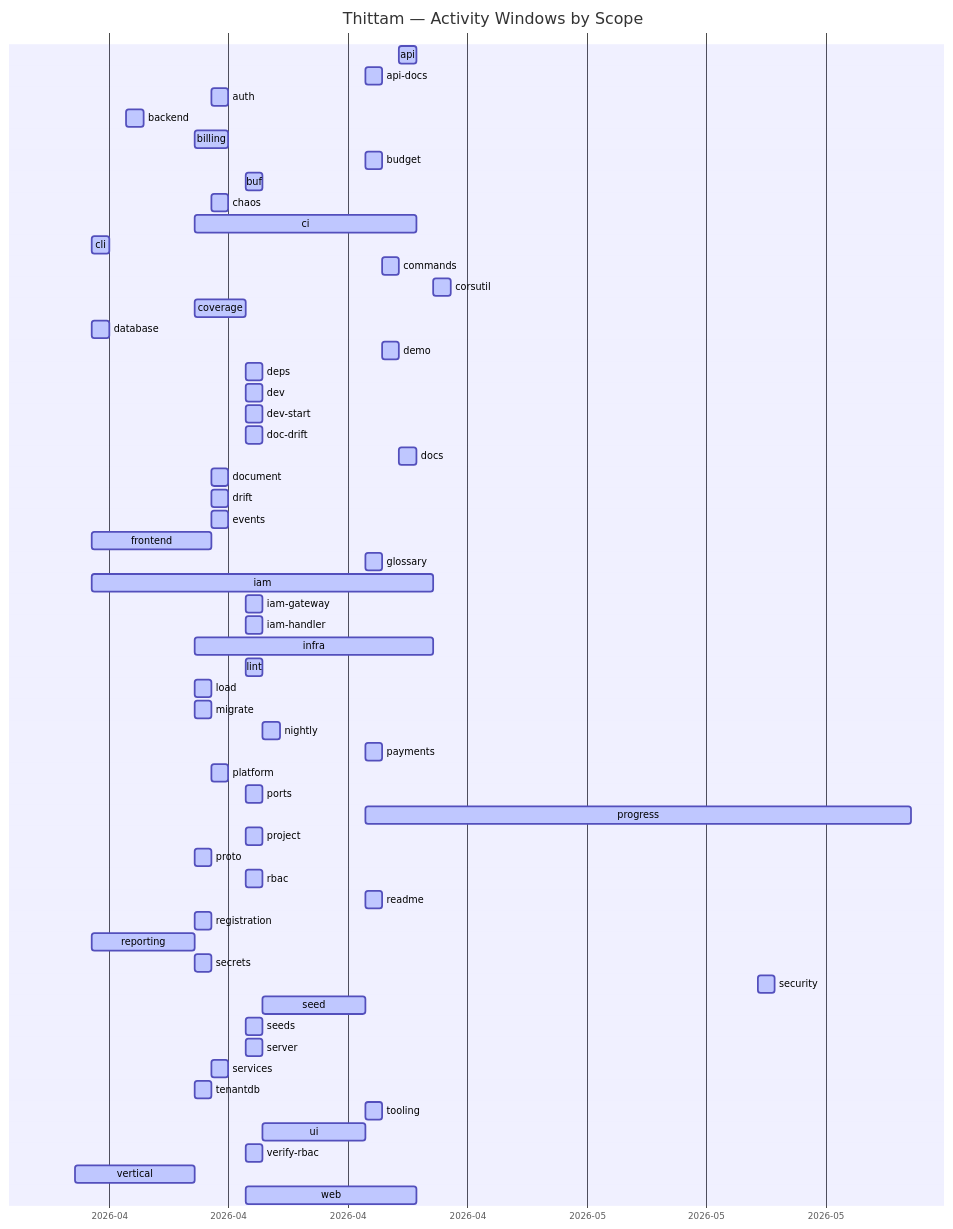
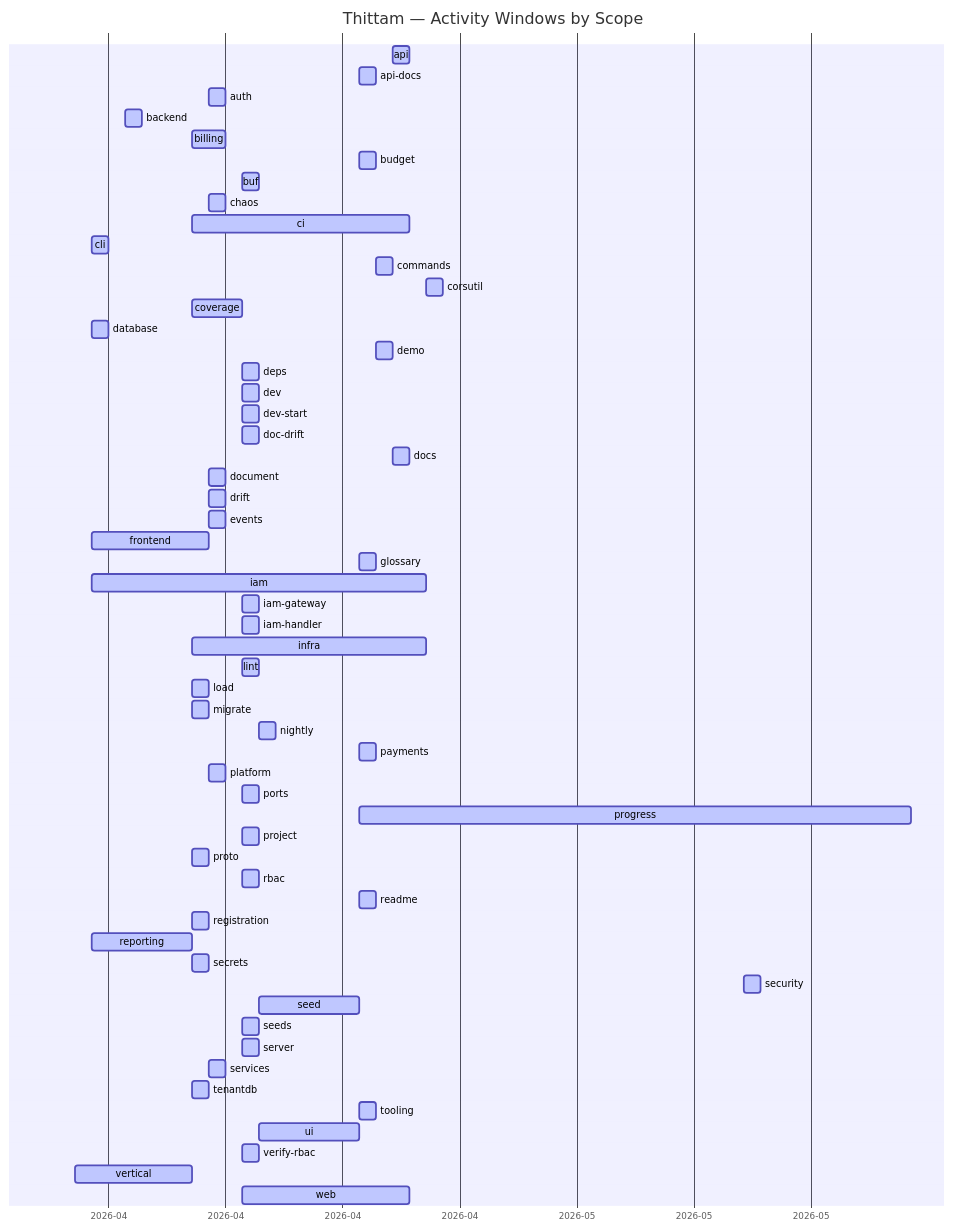
One commit to wegofwd2020-hub/thittam changed the diagram in docs/PROGRESS.md. Above: the diagram before and after it, drawn with Mermaid. The commit also changed other lines of this file and 1 other file, not shown here.

Commit message:
chore(progress): nightly update of docs/PROGRESS.md + CSVs

````diff
--- a/docs/PROGRESS.md
+++ b/docs/PROGRESS.md
@@ -9,61 +9,61 @@
 ```mermaid
 gantt
     title Thittam — Activity Windows by Scope
     dateFormat YYYY-MM-DD
     axisFormat %Y-%m
     api                :active, s_api, 2026-04-22, 2026-04-23
     api-docs           :active, s_api_docs, 2026-04-20, 2026-04-21
     auth               :active, s_auth, 2026-04-11, 2026-04-12
     backend            :active, s_backend, 2026-04-06, 2026-04-07
     billing            :active, s_billing, 2026-04-10, 2026-04-12
     budget             :active, s_budget, 2026-04-20, 2026-04-21
     buf                :active, s_buf, 2026-04-13, 2026-04-14
     chaos              :active, s_chaos, 2026-04-11, 2026-04-12
     ci                 :active, s_ci, 2026-04-10, 2026-04-23
     cli                :active, s_cli, 2026-04-04, 2026-04-05
     commands           :active, s_commands, 2026-04-21, 2026-04-22
     corsutil           :active, s_corsutil, 2026-04-24, 2026-04-25
     coverage           :active, s_coverage, 2026-04-10, 2026-04-13
     database           :active, s_database, 2026-04-04, 2026-04-05
     demo               :active, s_demo, 2026-04-21, 2026-04-22
     deps               :active, s_deps, 2026-04-13, 2026-04-14
     dev                :active, s_dev, 2026-04-13, 2026-04-14
     dev-start          :active, s_dev_start, 2026-04-13, 2026-04-14
     doc-drift          :active, s_doc_drift, 2026-04-13, 2026-04-14
     docs               :active, s_docs, 2026-04-22, 2026-04-23
     document           :active, s_document, 2026-04-11, 2026-04-12
     drift              :active, s_drift, 2026-04-11, 2026-04-12
     events             :active, s_events, 2026-04-11, 2026-04-12
     frontend           :active, s_frontend, 2026-04-04, 2026-04-11
     glossary           :active, s_glossary, 2026-04-20, 2026-04-21
     iam                :active, s_iam, 2026-04-04, 2026-04-24
     iam-gateway        :active, s_iam_gateway, 2026-04-13, 2026-04-14
     iam-handler        :active, s_iam_handler, 2026-04-13, 2026-04-14
     infra              :active, s_infra, 2026-04-10, 2026-04-24
     lint               :active, s_lint, 2026-04-13, 2026-04-14
     load               :active, s_load, 2026-04-10, 2026-04-11
     migrate            :active, s_migrate, 2026-04-10, 2026-04-11
     nightly            :active, s_nightly, 2026-04-14, 2026-04-15
     payments           :active, s_payments, 2026-04-20, 2026-04-21
     platform           :active, s_platform, 2026-04-11, 2026-04-12
     ports              :active, s_ports, 2026-04-13, 2026-04-14
-    progress           :active, s_progress, 2026-04-20, 2026-05-22
+    progress           :active, s_progress, 2026-04-20, 2026-05-23
     project            :active, s_project, 2026-04-13, 2026-04-14
     proto              :active, s_proto, 2026-04-10, 2026-04-11
     rbac               :active, s_rbac, 2026-04-13, 2026-04-14
     readme             :active, s_readme, 2026-04-20, 2026-04-21
     registration       :active, s_registration, 2026-04-10, 2026-04-11
     reporting          :active, s_reporting, 2026-04-04, 2026-04-10
     secrets            :active, s_secrets, 2026-04-10, 2026-04-11
     security           :active, s_security, 2026-05-13, 2026-05-14
     seed               :active, s_seed, 2026-04-14, 2026-04-20
     seeds              :active, s_seeds, 2026-04-13, 2026-04-14
     server             :active, s_server, 2026-04-13, 2026-04-14
     services           :active, s_services, 2026-04-11, 2026-04-12
     tenantdb           :active, s_tenantdb, 2026-04-10, 2026-04-11
     tooling            :active, s_tooling, 2026-04-20, 2026-04-21
     ui                 :active, s_ui, 2026-04-14, 2026-04-20
     verify-rbac        :active, s_verify_rbac, 2026-04-13, 2026-04-14
     vertical           :active, s_vertical, 2026-04-03, 2026-04-10
     web                :active, s_web, 2026-04-13, 2026-04-23
 ```
````
